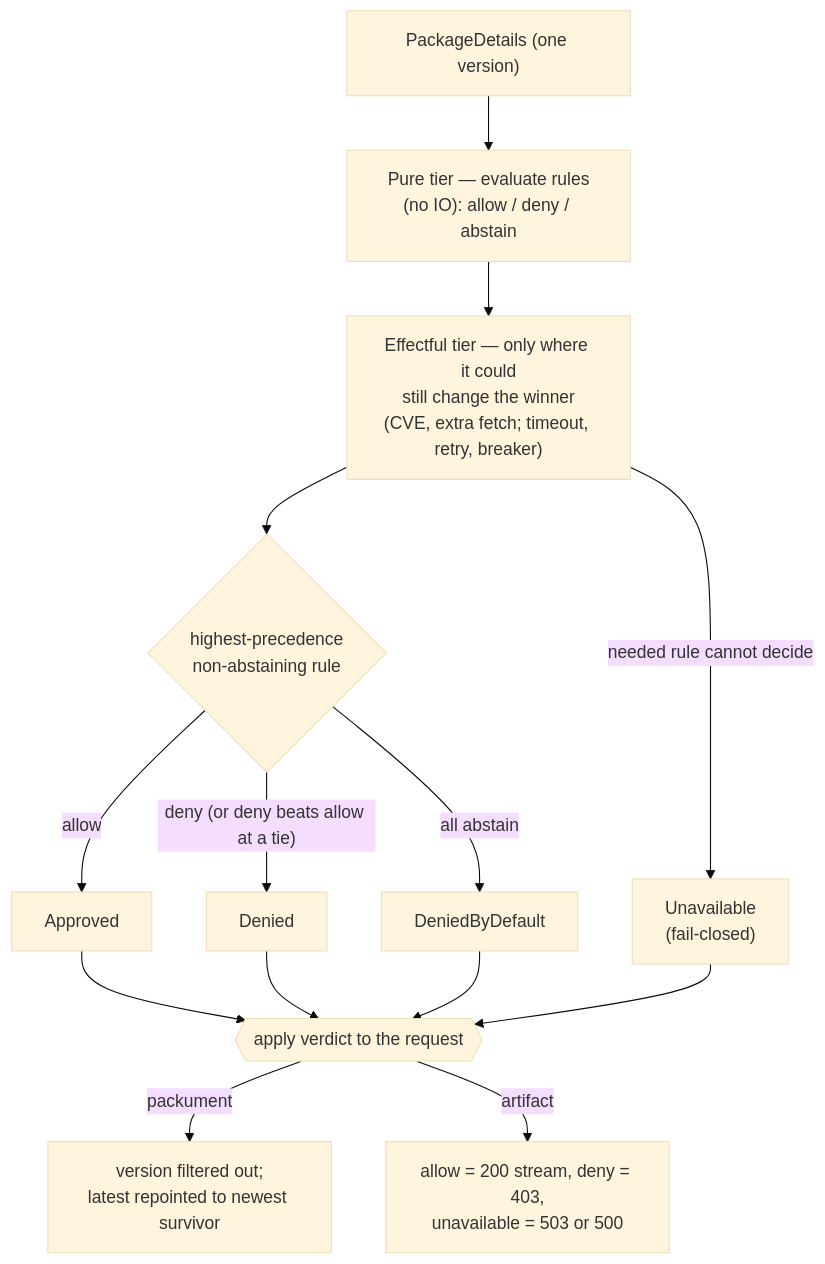
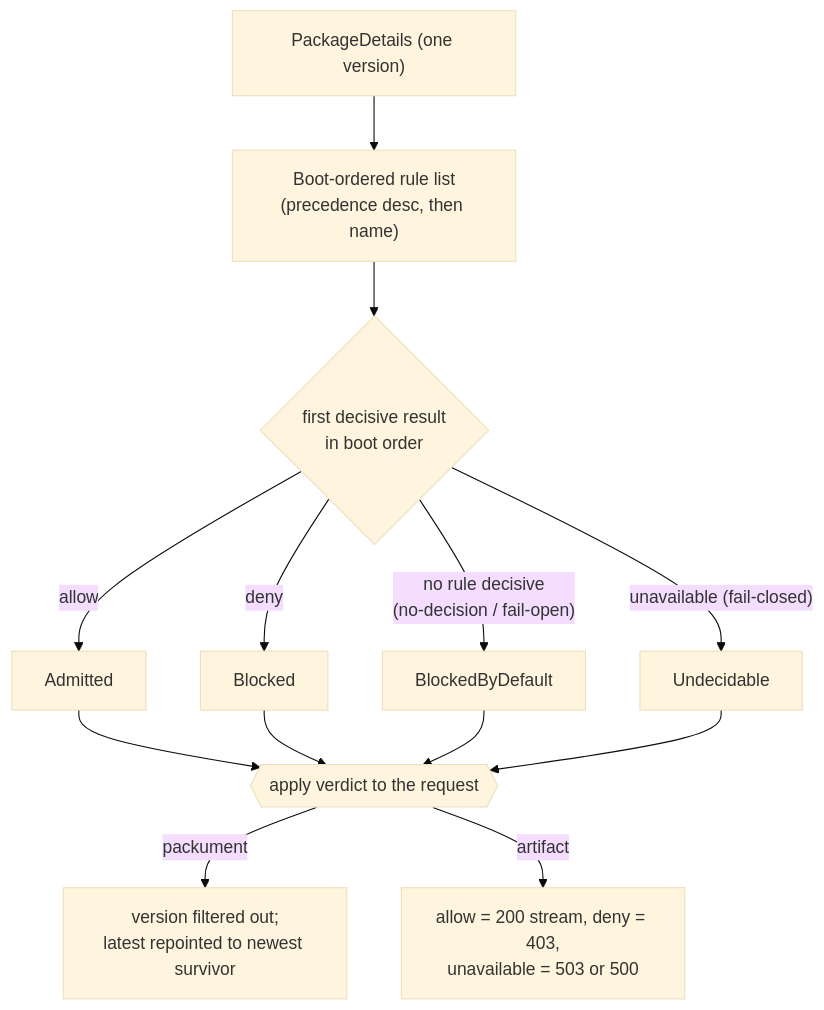
One commit to AlexaDeWit/Ecluse changed the fifth of 8 diagrams in docs/architecture/diagrams.md. Above: the diagram before and after it, drawn with Mermaid (base theme). The commit also changed other lines of this file and 29 other files, not shown here.

First line of the commit message:
refactor(rules): collapse the pure/effectful tiers into one boot-ordered engine (#381) (#386)

````diff
--- a/docs/architecture/diagrams.md
+++ b/docs/architecture/diagrams.md
@@ -213,18 +215,17 @@
 ```mermaid
 flowchart TD
-    IN["PackageDetails (one version)"] --> PURE["Pure tier — evaluate rules<br/>(no IO): allow / deny / abstain"]
-    PURE --> EFF["Effectful tier — only where it could<br/>still change the winner<br/>(CVE, extra fetch; timeout, retry, breaker)"]
-    EFF --> SEL{"highest-precedence<br/>non-abstaining rule"}
-    EFF -->|"needed rule cannot decide"| UNAV["Unavailable<br/>(fail-closed)"]
-    SEL -->|"allow"| APP["Approved"]
-    SEL -->|"deny (or deny beats allow at a tie)"| DEN["Denied"]
-    SEL -->|"all abstain"| DBD["DeniedByDefault"]
+    IN["PackageDetails (one version)"] --> ORD["Boot-ordered rule list<br/>(precedence desc, then name)"]
+    ORD --> SEL{"first decisive result<br/>in boot order"}
+    SEL -->|"allow"| APP["Admitted"]
+    SEL -->|"deny"| DEN["Blocked"]
+    SEL -->|"unavailable (fail-closed)"| UNAV["Undecidable"]
+    SEL -->|"no rule decisive<br/>(no-decision / fail-open)"| DBD["BlockedByDefault"]
 
     AP{{"apply verdict to the request"}}
     APP --> AP
     DEN --> AP
     DBD --> AP
     UNAV --> AP
     AP -->|"packument"| FILT["version filtered out;<br/>latest repointed to newest survivor"]
     AP -->|"artifact"| CODE["allow = 200 stream, deny = 403,<br/>unavailable = 503 or 500"]
 ```
````
